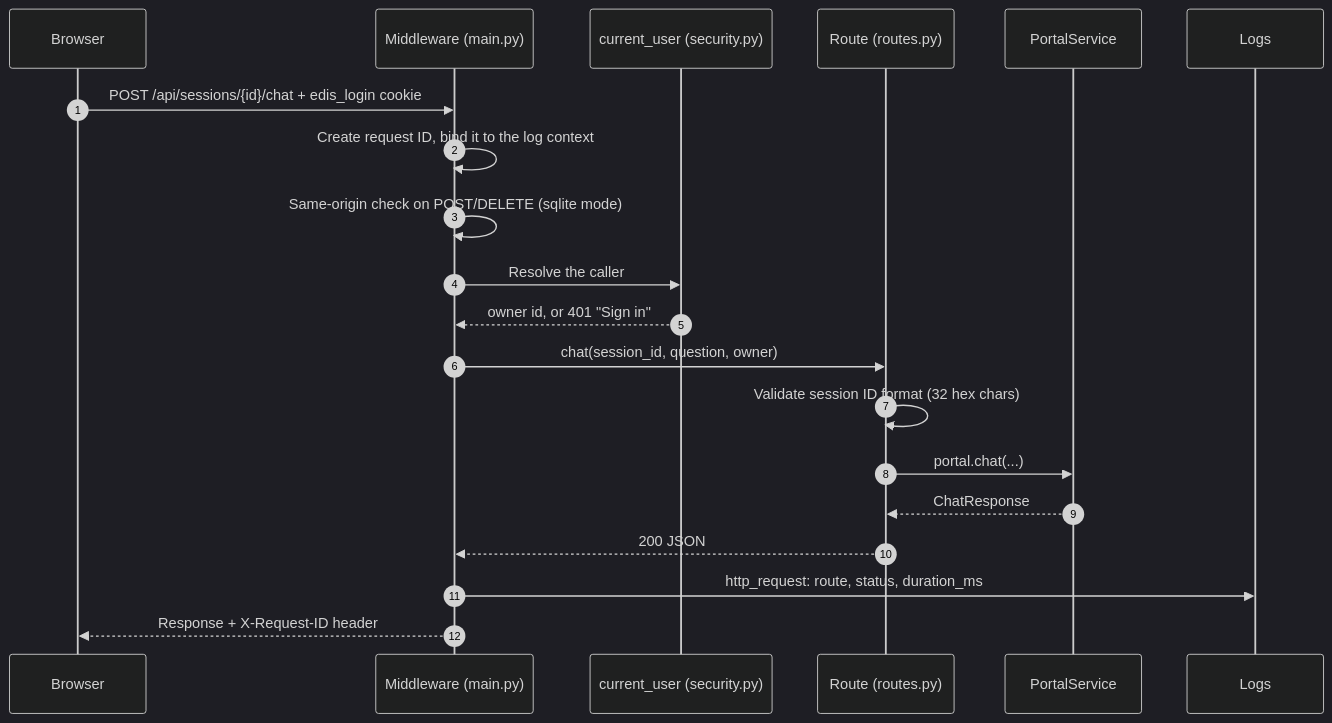
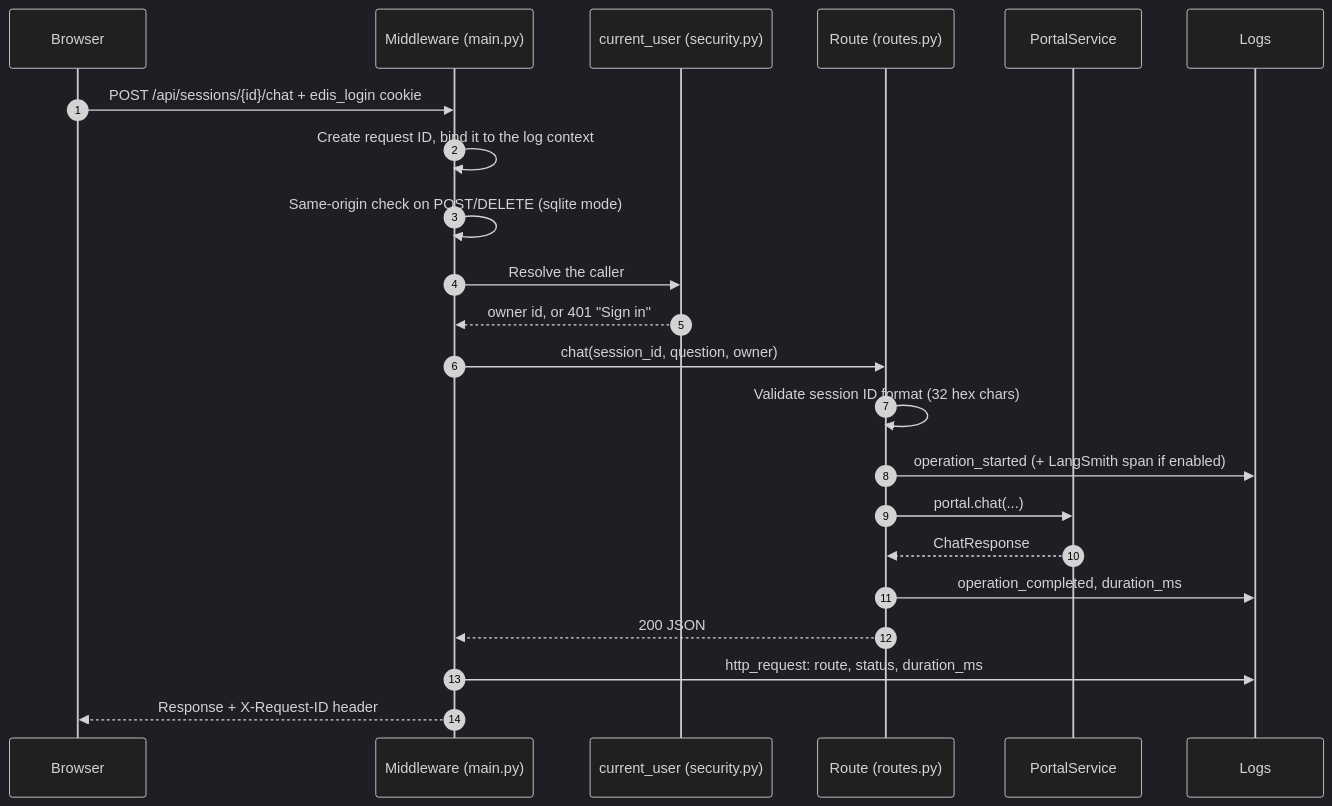
Before and after one commit to mannyiyer380/proj-01-enterprise-document-intelligence-system: the second of 13 diagrams in docs/ARCHITECTURE.md, drawn with Mermaid (dark theme). The commit also changed other lines of this file, not shown here.

Commit message:
Update architecture doc for LangGraph workflows, review, caching and tests

````diff
--- a/docs/ARCHITECTURE.md
+++ b/docs/ARCHITECTURE.md
@@ -177,23 +205,25 @@
 ```mermaid
 sequenceDiagram
     autonumber
     participant B as Browser
     participant M as Middleware (main.py)
     participant A as current_user (security.py)
     participant R as Route (routes.py)
     participant P as PortalService
     participant L as Logs
 
     B->>M: POST /api/sessions/{id}/chat + edis_login cookie
     M->>M: Create request ID, bind it to the log context
     M->>M: Same-origin check on POST/DELETE (sqlite mode)
     M->>A: Resolve the caller
     A-->>M: owner id, or 401 "Sign in"
     M->>R: chat(session_id, question, owner)
     R->>R: Validate session ID format (32 hex chars)
+    R->>L: operation_started (+ LangSmith span if enabled)
     R->>P: portal.chat(...)
     P-->>R: ChatResponse
+    R->>L: operation_completed, duration_ms
     R-->>M: 200 JSON
     M->>L: http_request: route, status, duration_ms
     M-->>B: Response + X-Request-ID header
 ```
````
